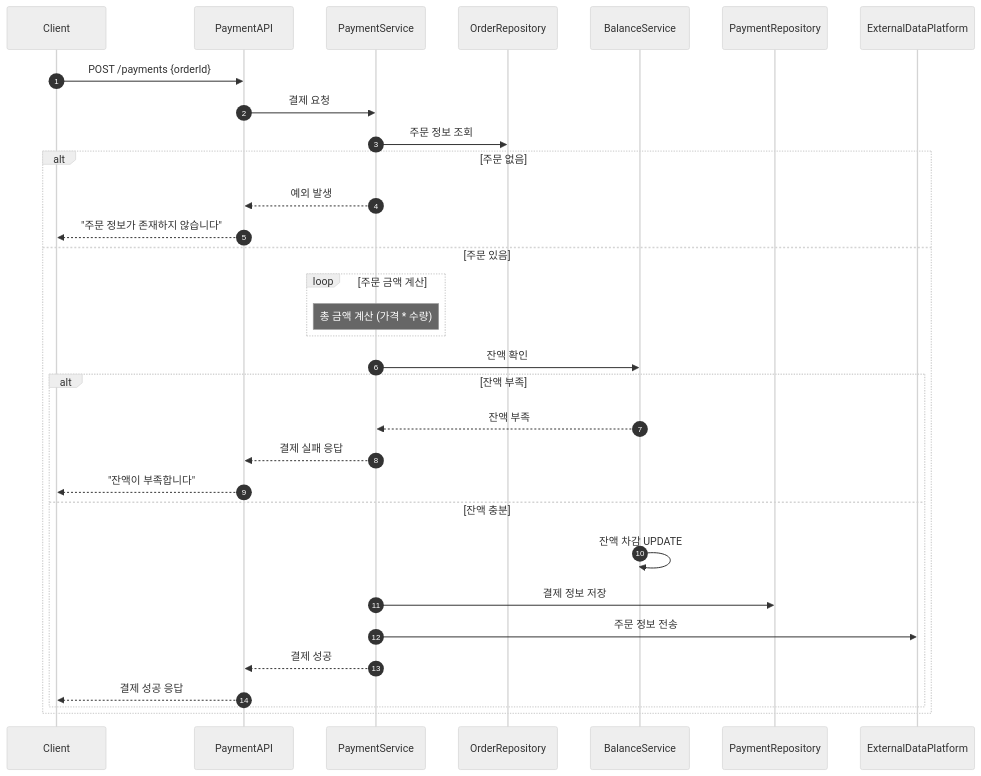
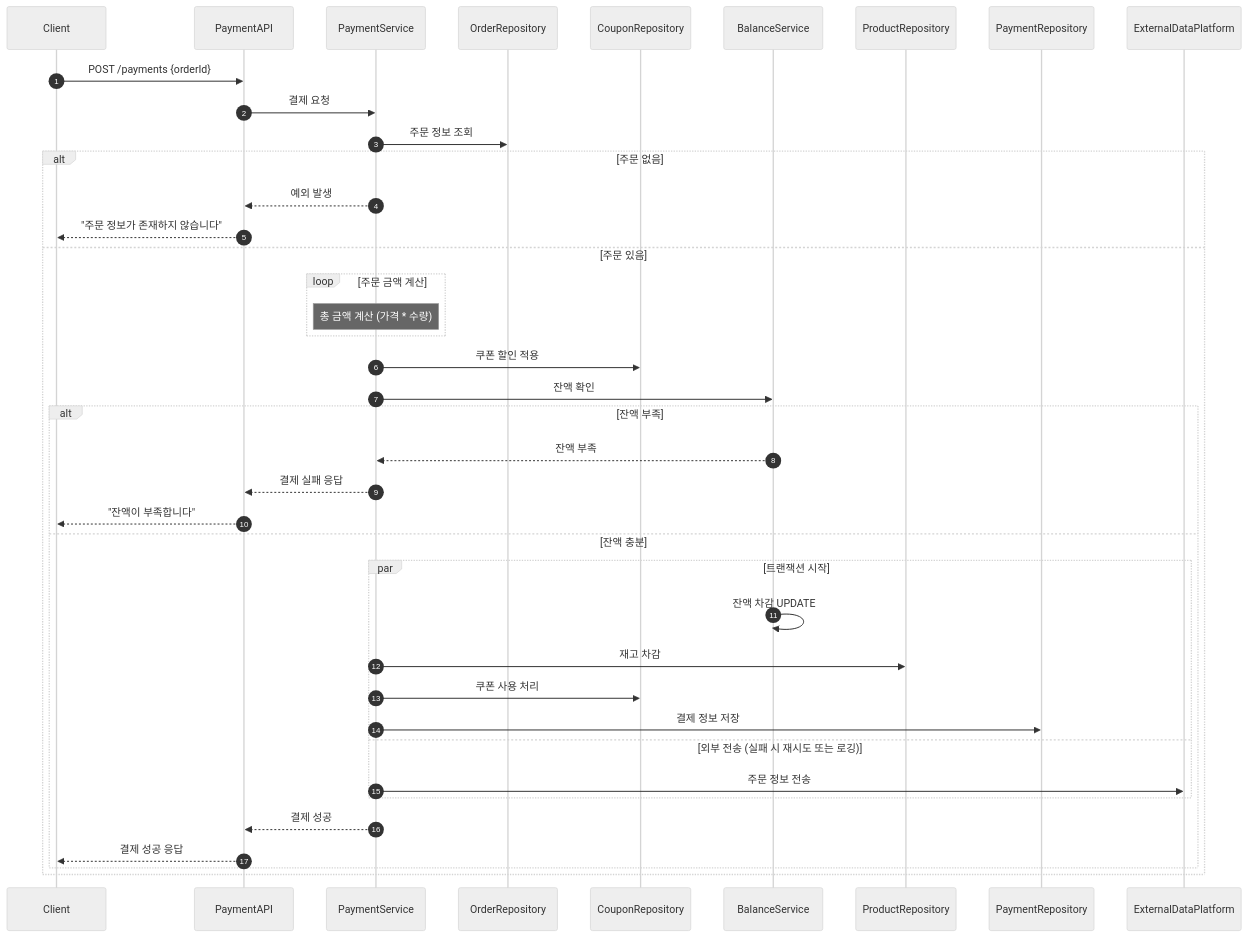
The sixth of 7 diagrams in docs/Sequence.md (ehdgus0221/hhplus-ecommerce), drawn with Mermaid (neutral theme) before and after one commit. The commit also changed other lines of this file, not shown here.

Commit message:
[DOCS] : 시퀀스 다이어그램 문서 수정 (트랜잭션 추가)

````diff
--- a/docs/Sequence.md
+++ b/docs/Sequence.md
@@ -115,28 +115,34 @@
 ```mermaid
 sequenceDiagram
     autonumber
     participant Client
     Client->>PaymentAPI: POST /payments {orderId}
     PaymentAPI->>PaymentService: 결제 요청
     PaymentService->>OrderRepository: 주문 정보 조회
     alt 주문 없음
         PaymentService-->>PaymentAPI: 예외 발생
         PaymentAPI-->>Client: "주문 정보가 존재하지 않습니다"
     else 주문 있음
         loop 주문 금액 계산
             Note over PaymentService: 총 금액 계산 (가격 * 수량)
         end
+        PaymentService->>CouponRepository: 쿠폰 할인 적용
         PaymentService->>BalanceService: 잔액 확인
         alt 잔액 부족
             BalanceService-->>PaymentService: 잔액 부족
             PaymentService-->>PaymentAPI: 결제 실패 응답
             PaymentAPI-->>Client: "잔액이 부족합니다"
         else 잔액 충분
-            BalanceService->>BalanceService: 잔액 차감 UPDATE
-            PaymentService->>PaymentRepository: 결제 정보 저장
-            PaymentService->>ExternalDataPlatform: 주문 정보 전송
+            par 트랜잭션 시작
+                BalanceService->>BalanceService: 잔액 차감 UPDATE
+                PaymentService->>ProductRepository: 재고 차감
+                PaymentService->>CouponRepository: 쿠폰 사용 처리
+                PaymentService->>PaymentRepository: 결제 정보 저장
+            and 외부 전송 (실패 시 재시도 또는 로깅)
+                PaymentService->>ExternalDataPlatform: 주문 정보 전송
+            end
             PaymentService-->>PaymentAPI: 결제 성공
             PaymentAPI-->>Client: 결제 성공 응답
         end
     end
 ```
````
